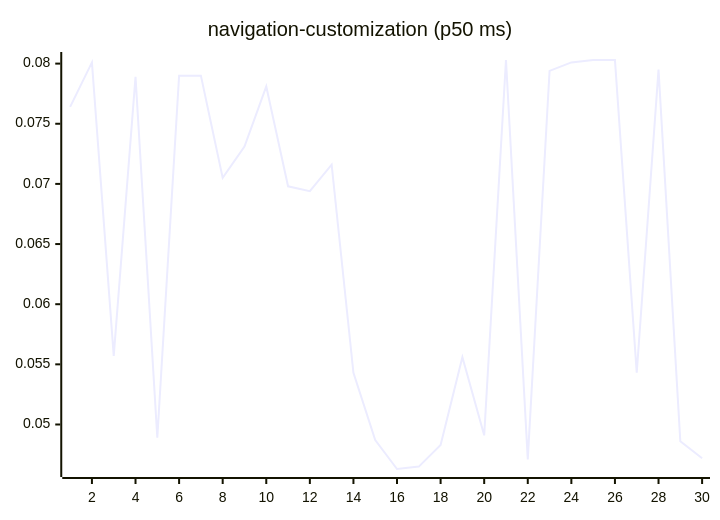
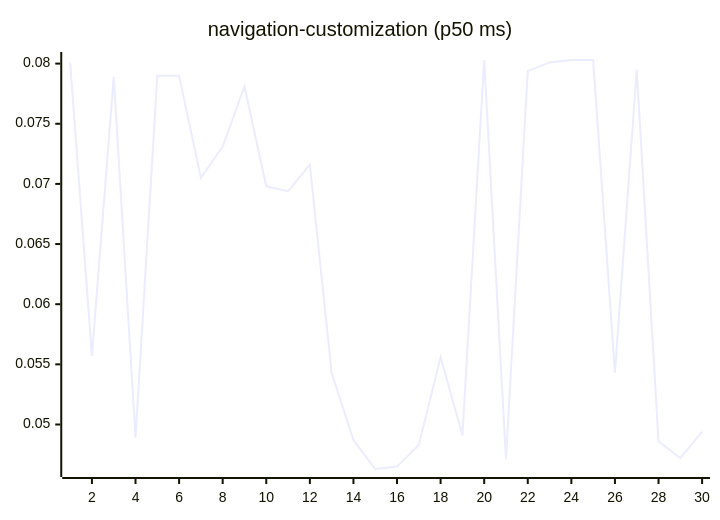
Before and after one commit to josha/Facet: diagram 15 of 27 in README.md, drawn with Mermaid. The commit also changed other lines of this file and 2 other files, not shown here.

````diff
--- a/README.md
+++ b/README.md
@@ -161,6 +161,6 @@
 ```mermaid
 xychart-beta
     title "navigation-customization (p50 ms)"
     x-axis 1 --> 30
-    line [0.0764, 0.0801, 0.0557, 0.0789, 0.0489, 0.0790, 0.0790, 0.0705, 0.0731, 0.0781, 0.0698, 0.0694, 0.0716, 0.0543, 0.0487, 0.0463, 0.0465, 0.0483, 0.0556, 0.0491, 0.0803, 0.0471, 0.0794, 0.0801, 0.0803, 0.0803, 0.0543, 0.0795, 0.0486, 0.0472]
+    line [0.0801, 0.0557, 0.0789, 0.0489, 0.0790, 0.0790, 0.0705, 0.0731, 0.0781, 0.0698, 0.0694, 0.0716, 0.0543, 0.0487, 0.0463, 0.0465, 0.0483, 0.0556, 0.0491, 0.0803, 0.0471, 0.0794, 0.0801, 0.0803, 0.0803, 0.0543, 0.0795, 0.0486, 0.0472, 0.0494]
 ```
````
